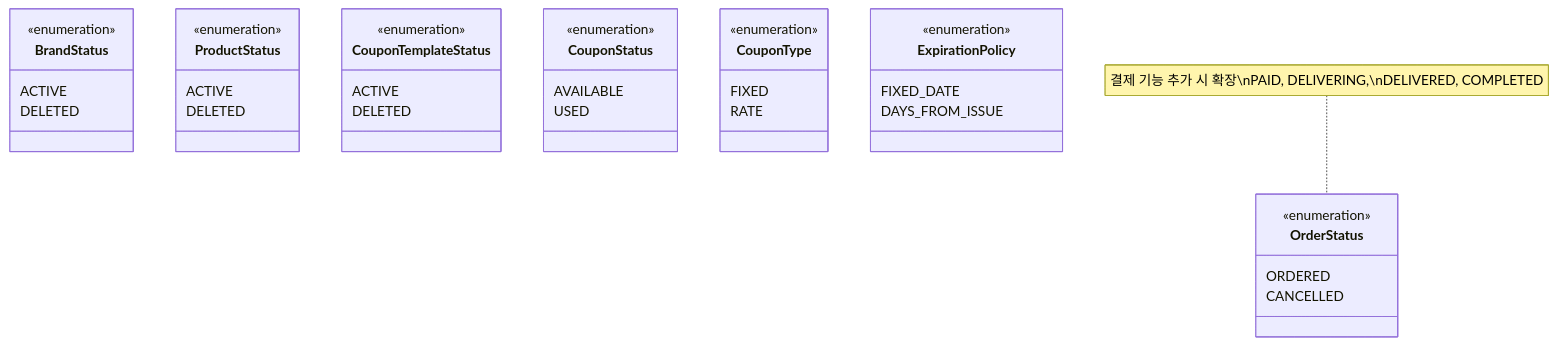
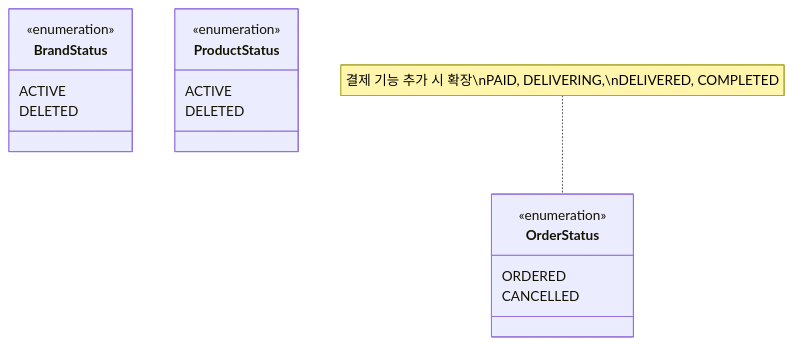
The third of 3 diagrams in docs/design/03-class-diagram.md (Loopers-dev-lab/loop-pack-be-l2-vol3-kotlin), drawn with Mermaid before and after one commit. The commit also changed other lines of this file and 111 other files, not shown here.

````diff
--- a/docs/design/03-class-diagram.md
+++ b/docs/design/03-class-diagram.md
@@ -498,46 +386,22 @@
 ```mermaid
 classDiagram
     class BrandStatus {
         <<enumeration>>
         ACTIVE
         DELETED
     }
 
     class ProductStatus {
         <<enumeration>>
         ACTIVE
         DELETED
     }
 
     class OrderStatus {
         <<enumeration>>
         ORDERED
         CANCELLED
     }
 
     note for OrderStatus "결제 기능 추가 시 확장\nPAID, DELIVERING,\nDELIVERED, COMPLETED"
-
-    class CouponTemplateStatus {
-        <<enumeration>>
-        ACTIVE
-        DELETED
-    }
-
-    class CouponStatus {
-        <<enumeration>>
-        AVAILABLE
-        USED
-    }
-
-    class CouponType {
-        <<enumeration>>
-        FIXED
-        RATE
-    }
-
-    class ExpirationPolicy {
-        <<enumeration>>
-        FIXED_DATE
-        DAYS_FROM_ISSUE
-    }
 ```
````
